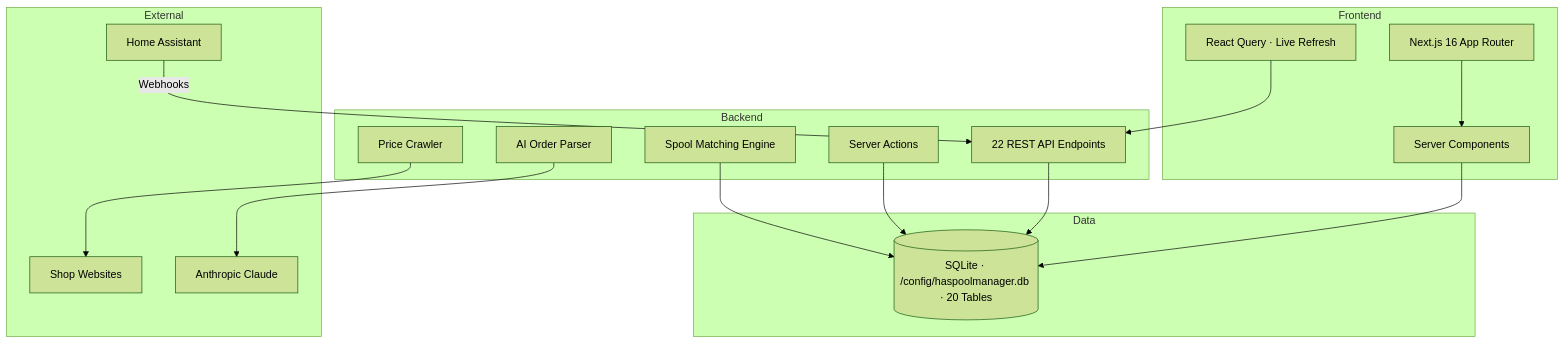
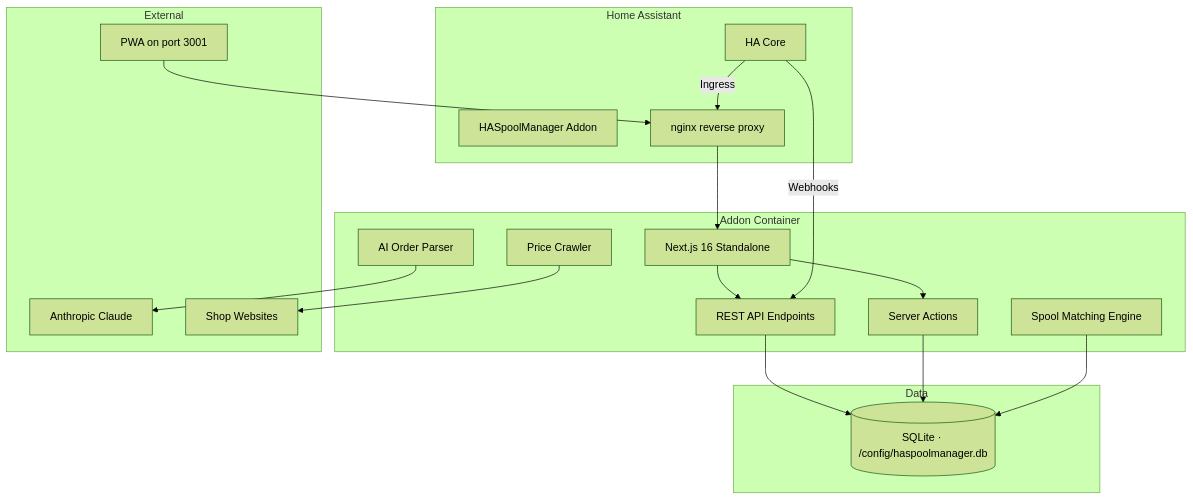
One commit to kbarthei/HASpoolManager changed the diagram in README.md. Above: the diagram before and after it, drawn with Mermaid (forest theme). The commit also changed other lines of this file and 18 other files, not shown here.

````diff
--- a/README.md
+++ b/README.md
@@ -49,36 +35,39 @@
 ```mermaid
 graph TB
-    subgraph "Frontend"
-        UI[Next.js 16 App Router]
-        SC[Server Components]
-        RQ[React Query · Live Refresh]
+    subgraph "Home Assistant"
+        HA[HA Core]
+        ADDON[HASpoolManager Addon]
+        NGINX[nginx reverse proxy]
     end
 
-    subgraph "Backend"
-        API[22 REST API Endpoints]
+    subgraph "Addon Container"
+        NEXT[Next.js 16 Standalone]
+        API[REST API Endpoints]
         SA[Server Actions]
+        ME[Spool Matching Engine]
         AI[AI Order Parser]
-        ME[Spool Matching Engine]
         PC[Price Crawler]
     end
 
     subgraph "Data"
-        DB[(SQLite · /config/haspoolmanager.db · 20 Tables)]
+        DB[(SQLite · /config/haspoolmanager.db)]
     end
 
     subgraph "External"
-        HA[Home Assistant]
+        CLAUDE[Anthropic Claude]
         SHOPS[Shop Websites]
-        CLAUDE[Anthropic Claude]
+        PWA[PWA on port 3001]
     end
 
-    UI --> SC
-    SC --> DB
-    RQ --> API
+    HA -->|Ingress| NGINX
+    NGINX --> NEXT
+    NEXT --> API
+    NEXT --> SA
     API --> DB
     SA --> DB
+    ME --> DB
     AI --> CLAUDE
     PC --> SHOPS
     HA -->|Webhooks| API
-    ME --> DB
+    PWA --> NGINX
 ```
````
